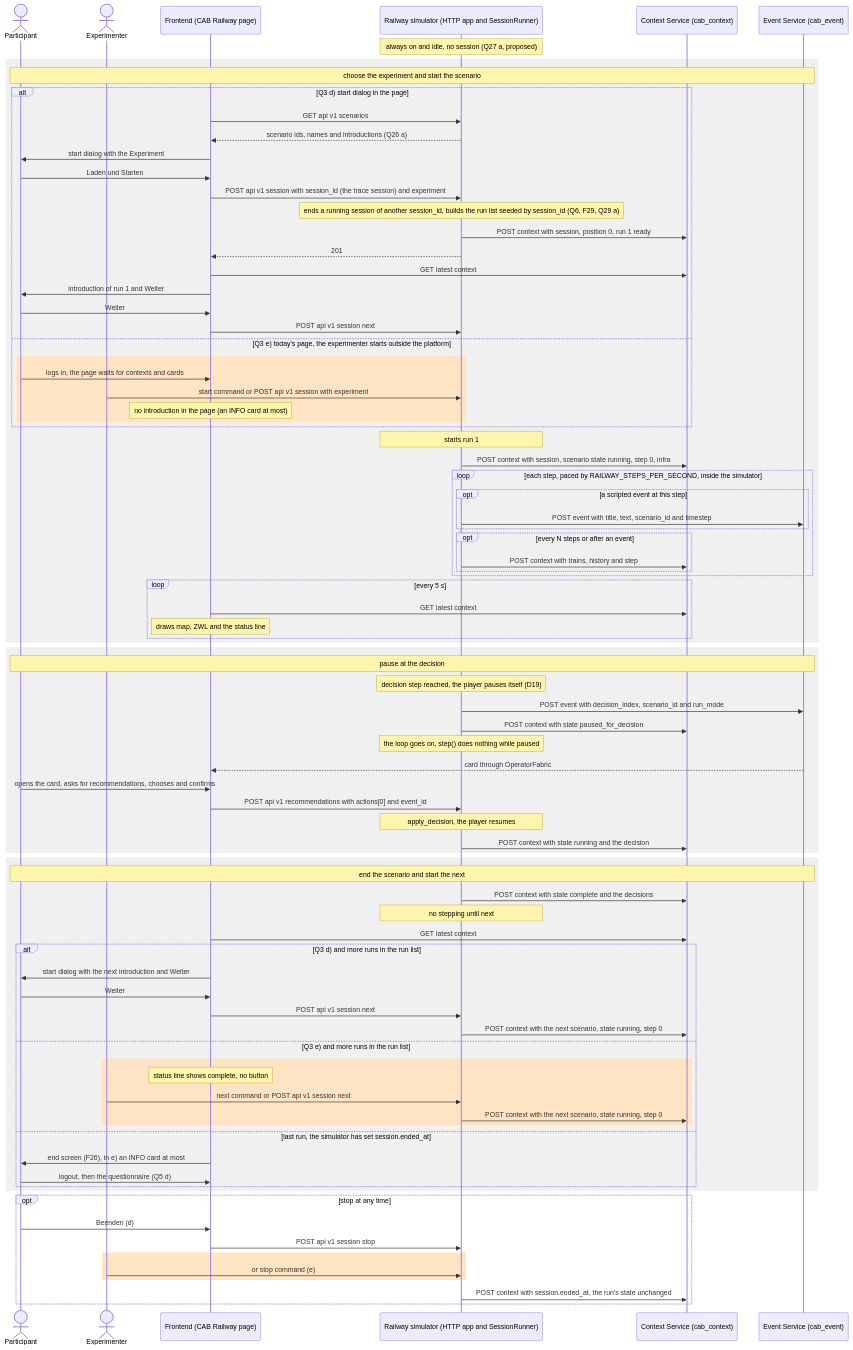
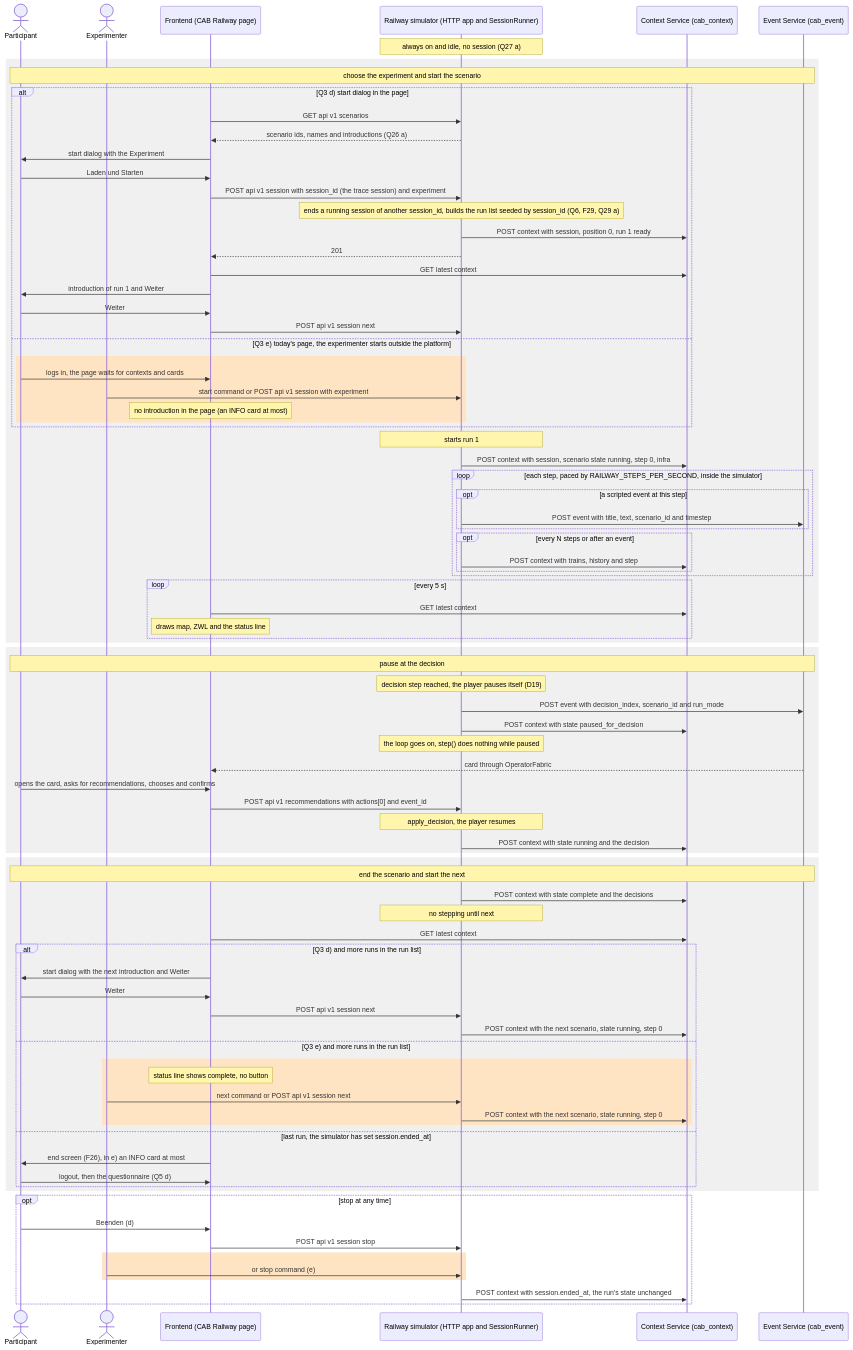
One commit to ainetus/InteractiveAI changed the ninth of 15 diagrams in docs/plans/railway-use-case.md. Above: the diagram before and after it, drawn with Mermaid. The commit also changed other lines of this file, not shown here.

Commit message:
docs(plans): decide Q27, the Railway simulator runs as its own always-on service

```diff
--- a/docs/plans/railway-use-case.md
+++ b/docs/plans/railway-use-case.md
@@ -1350,7 +1350,7 @@
     participant Sim as Railway simulator (HTTP app and SessionRunner)
     participant Ctx as Context Service (cab_context)
     participant Ev as Event Service (cab_event)
-    Note over Sim: always on and idle, no session (Q27 a, proposed)
+    Note over Sim: always on and idle, no session (Q27 a)
     rect rgb(240, 240, 240)
     Note over P,Ev: choose the experiment and start the scenario
     alt Q3 d) start dialog in the page
```
